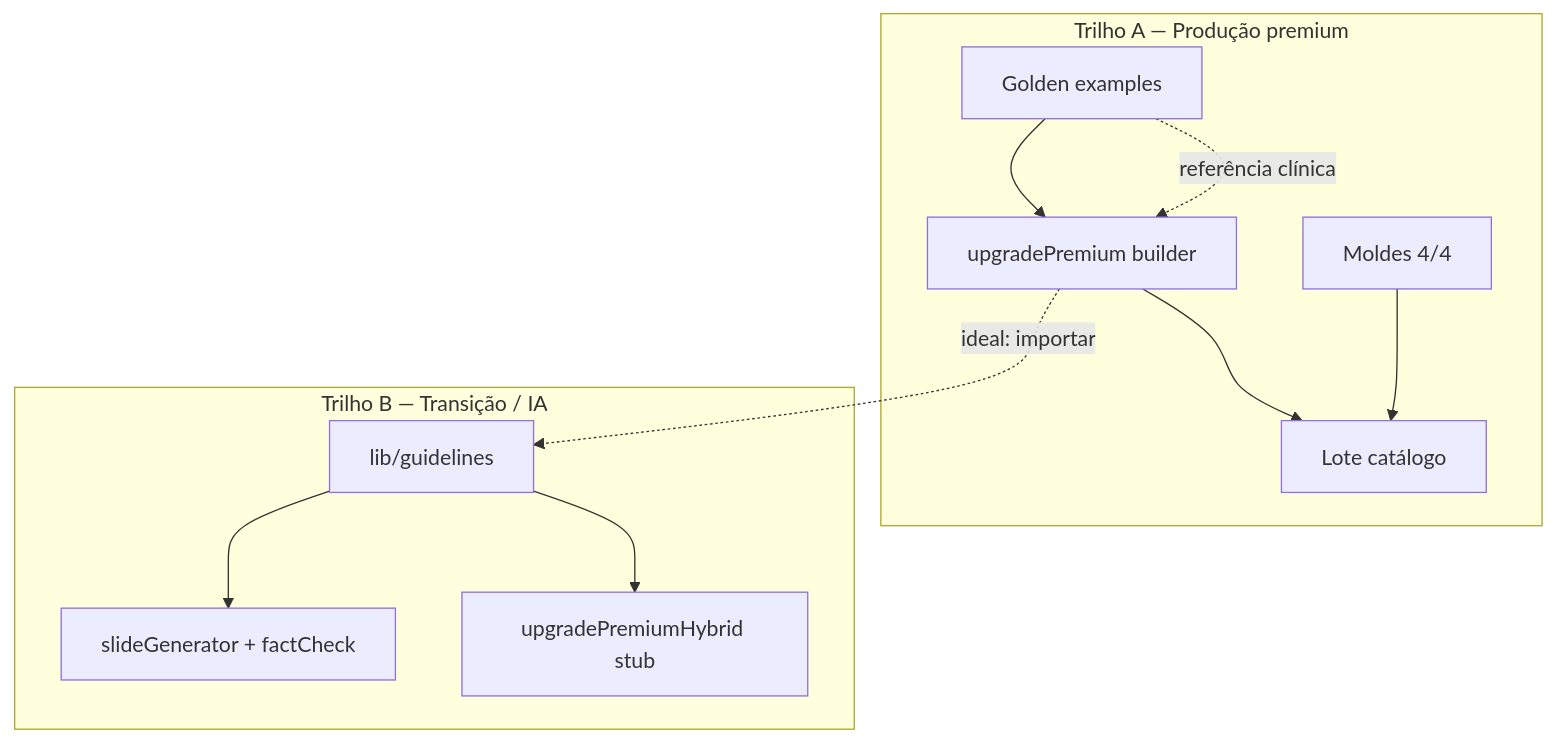
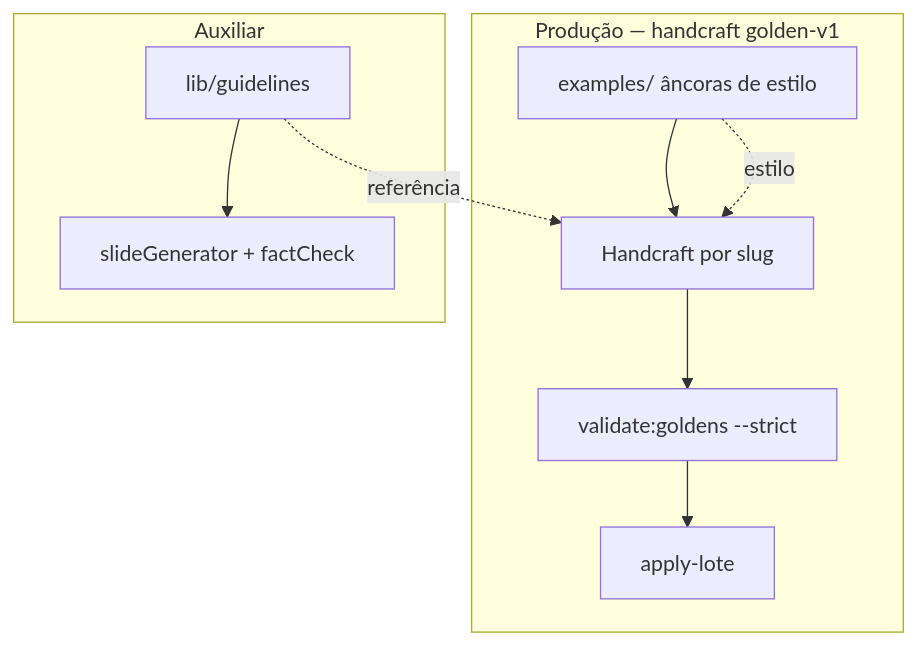
One commit to gvvariedades-maker/flowmedix changed the diagram in docs/FONTE_NORMATIVA_AVANT.md. Above: the diagram before and after it, drawn with Mermaid. The commit also changed other lines of this file and 127 other files, not shown here.

````diff
--- a/docs/FONTE_NORMATIVA_AVANT.md
+++ b/docs/FONTE_NORMATIVA_AVANT.md
@@ -19,20 +19,17 @@
 ```mermaid
 flowchart TB
-  subgraph prod [Trilho A — Produção premium]
-    G[Golden examples]
-    B[upgradePremium builder]
-    M[Moldes 4/4]
-    L[Lote catálogo]
-    G --> B --> L
-    M --> L
+  subgraph prod [Produção — handcraft golden-v1]
+    E[examples/ âncoras de estilo]
+    H[Handcraft por slug]
+    V[validate:goldens --strict]
+    A[apply-lote]
+    E --> H --> V --> A
   end
-  subgraph aux [Trilho B — Transição / IA]
+  subgraph aux [Auxiliar]
     GL[lib/guidelines]
     IA[slideGenerator + factCheck]
-    H[upgradePremiumHybrid stub]
     GL --> IA
-    GL --> H
   end
-  B -.->|ideal: importar| GL
-  G -.->|referência clínica| B
+  GL -.->|referência| H
+  E -.->|estilo| H
 ```
````
